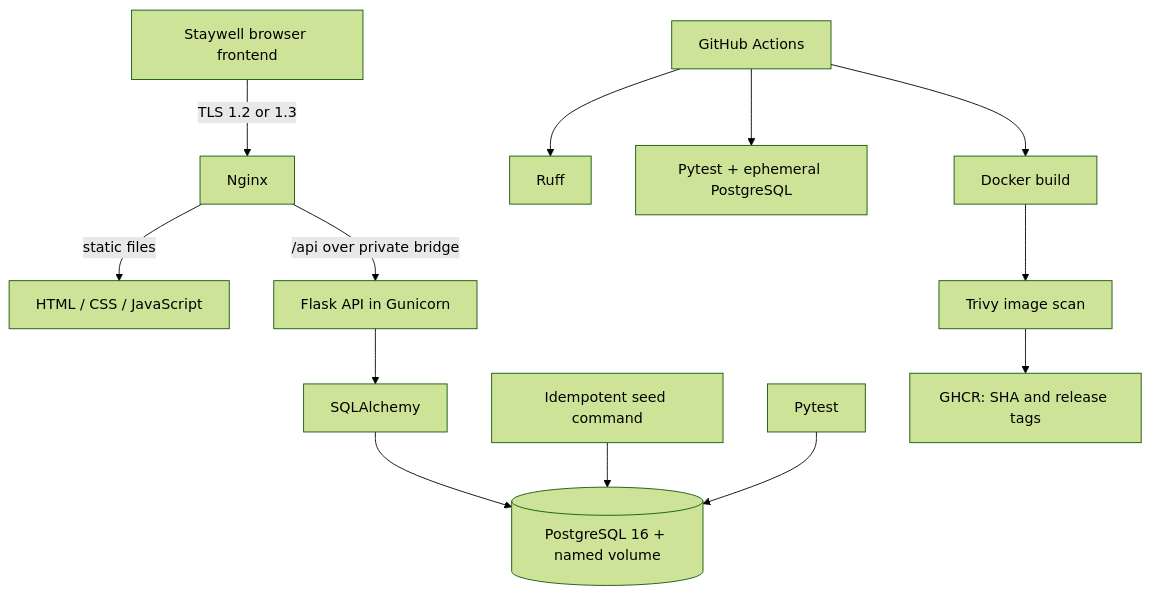
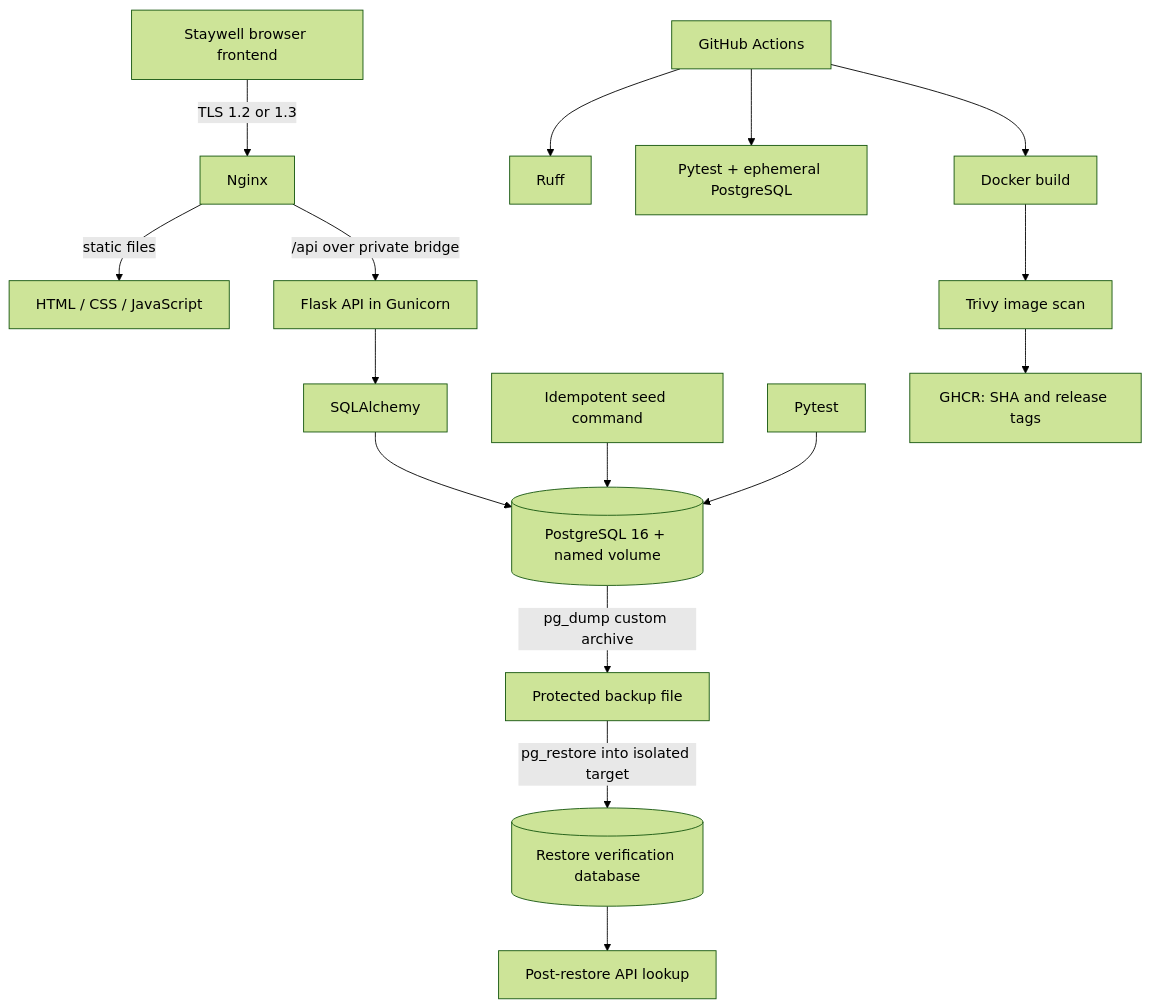
Before and after one commit to Alekhyaareddy/Hotel_Booking_DevOps: the diagram in docs/architecture.md, drawn with Mermaid (forest theme). The commit also changed other lines of this file and 16 other files, not shown here.

````diff
--- a/docs/architecture.md
+++ b/docs/architecture.md
@@ -3,15 +3,18 @@
 ```mermaid
 flowchart TB
     Browser[Staywell browser frontend] -->|TLS 1.2 or 1.3| Nginx
     Nginx -->|static files| Frontend[HTML / CSS / JavaScript]
     Nginx -->|/api over private bridge| Flask[Flask API in Gunicorn]
     Flask --> SQLAlchemy
     SQLAlchemy --> PostgreSQL[(PostgreSQL 16 + named volume)]
     Seed[Idempotent seed command] --> PostgreSQL
     Pytest --> PostgreSQL
     Actions[GitHub Actions] --> Lint[Ruff]
     Actions --> Tests[Pytest + ephemeral PostgreSQL]
     Actions --> Build[Docker build]
     Build --> Trivy[Trivy image scan]
     Trivy --> GHCR[GHCR: SHA and release tags]
+    PostgreSQL -->|pg_dump custom archive| Backup[Protected backup file]
+    Backup -->|pg_restore into isolated target| RestoreDB[(Restore verification database)]
+    RestoreDB --> RestoreCheck[Post-restore API lookup]
 ```
````
